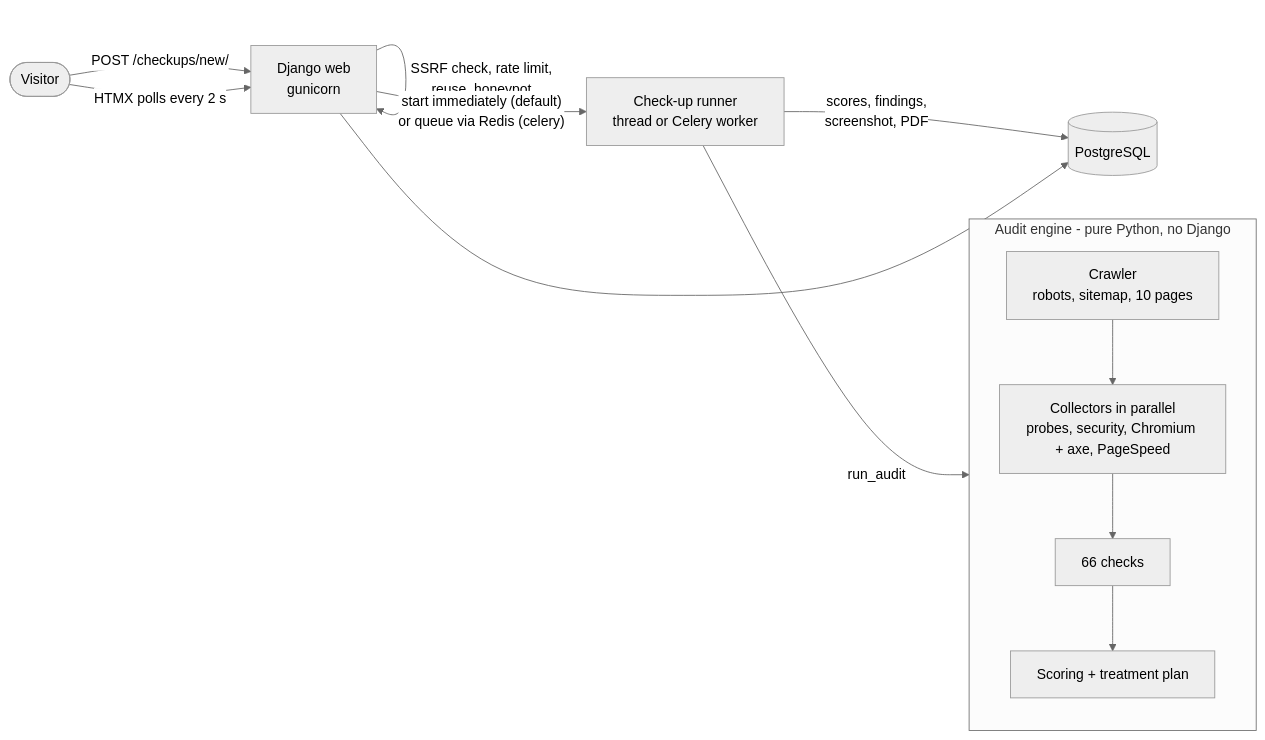
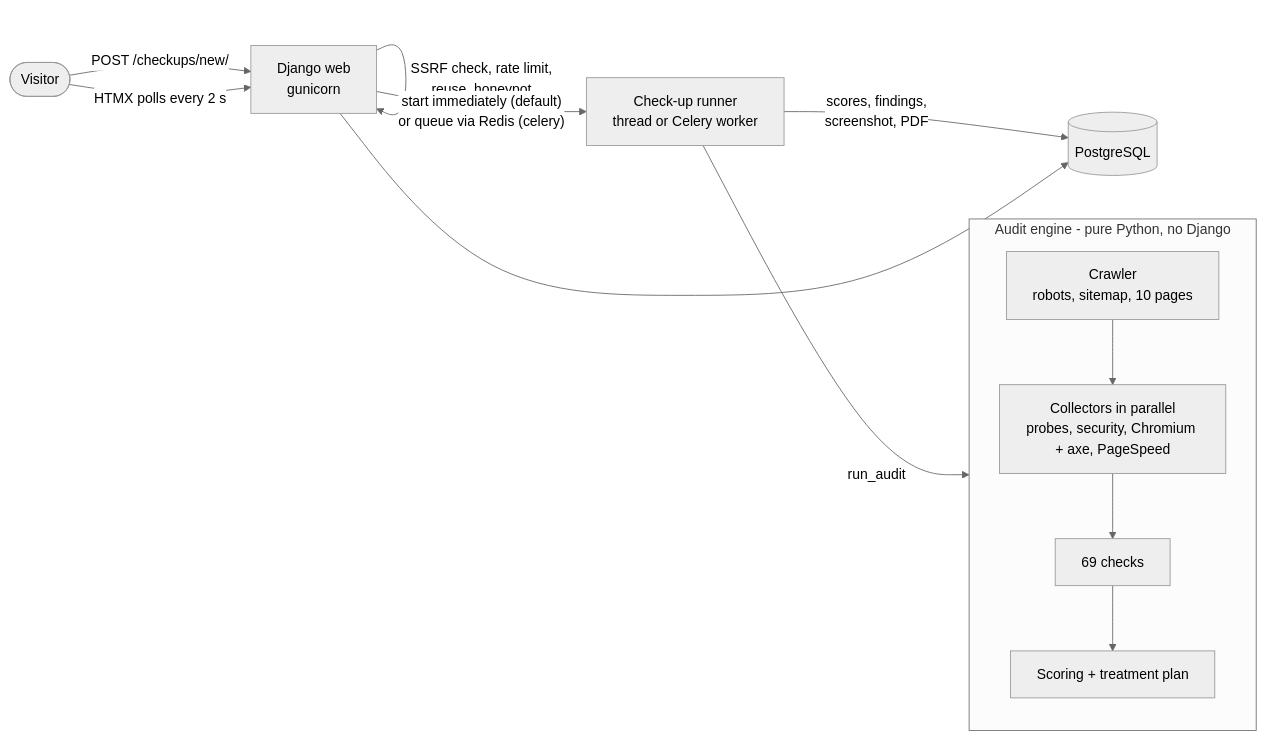
One commit to rdhafiz/bizzcheckup changed the diagram in README.md. Above: the diagram before and after it, drawn with Mermaid (neutral theme). The commit also changed other lines of this file and 5 other files, not shown here.

````diff
--- a/README.md
+++ b/README.md
@@ -56,18 +56,18 @@
 ```mermaid
 flowchart LR
     V([Visitor]) -->|POST /checkups/new/| W[Django web<br/>gunicorn]
     W -->|SSRF check, rate limit,<br/>reuse, honeypot| W
     W -->|"start immediately (default)<br/>or queue via Redis (celery)"| K[Check-up runner<br/>thread or Celery worker]
     K -->|run_audit| E
 
     subgraph E [Audit engine - pure Python, no Django]
       direction TB
       C[Crawler<br/>robots, sitemap, 10 pages] --> X
-      X[Collectors in parallel<br/>probes, security, Chromium + axe, PageSpeed] --> CH[66 checks]
+      X[Collectors in parallel<br/>probes, security, Chromium + axe, PageSpeed] --> CH[69 checks]
       CH --> S[Scoring + treatment plan]
     end
 
     K -->|scores, findings,<br/>screenshot, PDF| P[(PostgreSQL)]
     V -->|HTMX polls every 2 s| W
     W --> P
 ```
````
